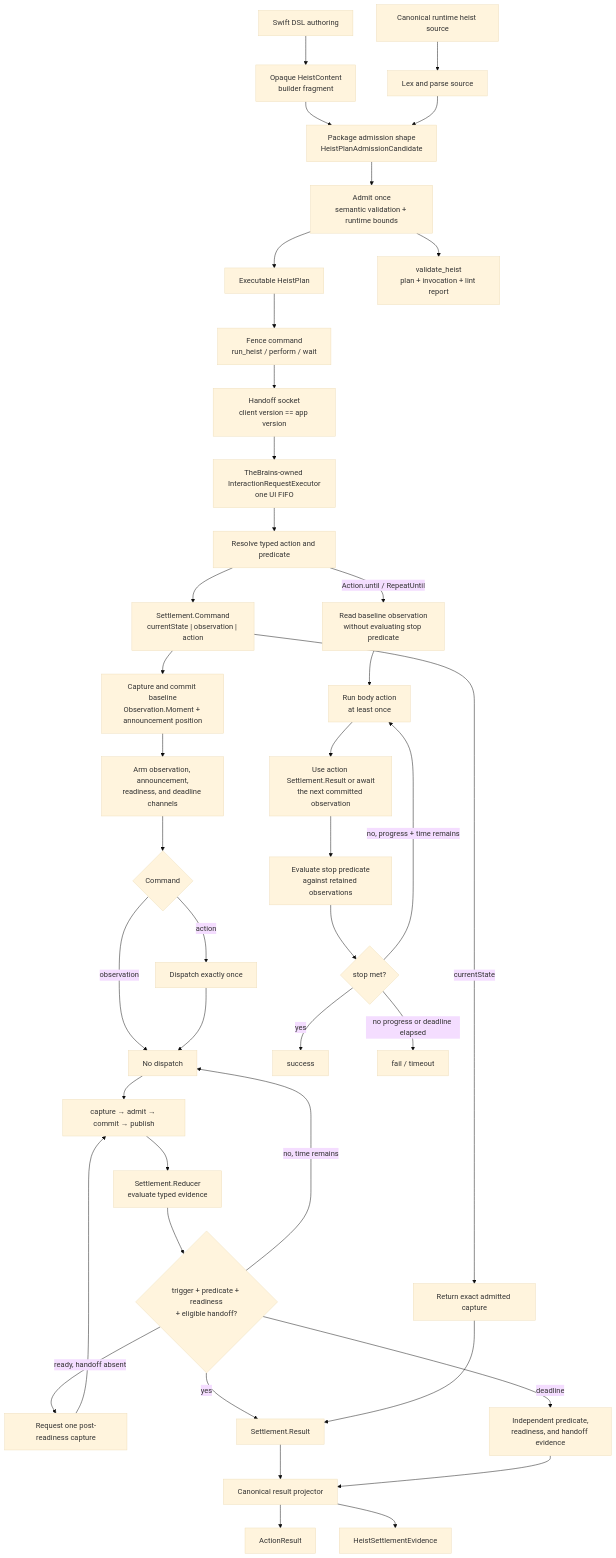
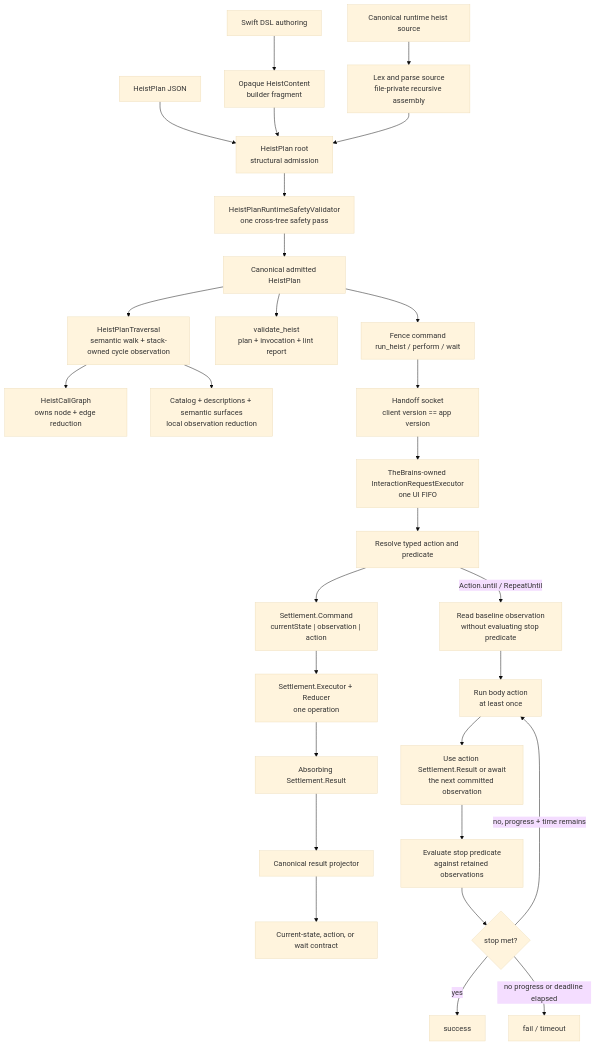
The diagram in docs/ARCHITECTURE.md (RoyalPineapple/TheButtonHeist), drawn with Mermaid (base theme) before and after one commit. The commit also changed other lines of this file and 228 other files, not shown here.

First line of the commit message:
Compress runtime and plan pipelines into canonical state (#1396)

````diff
--- a/docs/ARCHITECTURE.md
+++ b/docs/ARCHITECTURE.md
@@ -610,45 +639,33 @@
 ```mermaid
 flowchart TD
     SwiftAuthor["Swift DSL authoring"] --> Fragment["Opaque HeistContent<br/>builder fragment"]
-    SourceAuthor["Canonical runtime heist source"] --> Parse["Lex and parse source"]
-    Fragment --> Candidate["Package admission shape<br/>HeistPlanAdmissionCandidate"]
-    Parse --> Candidate
-    Candidate --> Validate["Admit once<br/>semantic validation + runtime bounds"]
-    Validate --> Plan["Executable HeistPlan"]
-    Validate --> OfflineReport["validate_heist<br/>plan + invocation + lint report"]
+    SourceAuthor["Canonical runtime heist source"] --> Parse["Lex and parse source<br/>file-private recursive assembly"]
+    JSONAuthor["HeistPlan JSON"] --> RootAdmission
+    Fragment --> RootAdmission["HeistPlan root<br/>structural admission"]
+    Parse --> RootAdmission
+    RootAdmission --> Validate["HeistPlanRuntimeSafetyValidator<br/>one cross-tree safety pass"]
+    Validate --> Plan["Canonical admitted HeistPlan"]
+    Plan --> Walk["HeistPlanTraversal<br/>semantic walk + stack-owned cycle observation"]
+    Walk --> Graph["HeistCallGraph<br/>owns node + edge reduction"]
+    Walk --> Discovery["Catalog + descriptions + semantic surfaces<br/>local observation reduction"]
+    Plan --> OfflineReport["validate_heist<br/>plan + invocation + lint report"]
     Plan --> FenceCommand["Fence command<br/>run_heist / perform / wait"]
     FenceCommand --> HandoffSocket["Handoff socket<br/>client version == app version"]
     HandoffSocket --> Executor["TheBrains-owned InteractionRequestExecutor<br/>one UI FIFO"]
 
     Executor --> Resolve["Resolve typed action and predicate"]
     Resolve --> Command["Settlement.Command<br/>currentState | observation | action"]
-    Command --> Baseline["Capture and commit baseline<br/>Observation.Moment + announcement position"]
-    Command -->|currentState| Current["Return exact admitted capture"]
-    Baseline --> Arm["Arm observation, announcement,<br/>readiness, and deadline channels"]
-    Arm --> Trigger{"Command"}
-    Trigger -->|action| Dispatch["Dispatch exactly once"]
-    Trigger -->|observation| Observe["No dispatch"]
-    Dispatch --> Observe
-    Observe --> Commit["capture → admit → commit → publish"]
-    Commit --> Reduce["Settlement.Reducer<br/>evaluate typed evidence"]
-    Reduce --> Ready{"trigger + predicate + readiness<br/>+ eligible handoff?"}
-    Ready -->|no, time remains| Observe
-    Ready -->|ready, handoff absent| Handoff["Request one post-readiness capture"]
-    Handoff --> Commit
-    Ready -->|yes| Result["Settlement.Result"]
-    Ready -->|deadline| TimedOut["Independent predicate,<br/>readiness, and handoff evidence"]
-    Current --> Result
+    Command --> Settlement["Settlement.Executor + Reducer<br/>one operation"]
+    Settlement --> Result["Absorbing Settlement.Result"]
     Result --> Project["Canonical result projector"]
-    TimedOut --> Project
-    Project --> ActionResult["ActionResult"]
-    Project --> WaitResult["HeistSettlementEvidence"]
+    Project --> Response["Current-state, action, or wait contract"]
 
     Resolve -->|Action.until / RepeatUntil| LoopBaseline["Read baseline observation<br/>without evaluating stop predicate"]
     LoopBaseline --> RunBody["Run body action<br/>at least once"]
     RunBody --> ProgressGate["Use action Settlement.Result or await<br/>the next committed observation"]
     ProgressGate --> EvaluateStop["Evaluate stop predicate<br/>against retained observations"]
     EvaluateStop --> StopMet{"stop met?"}
     StopMet -->|yes| Done["success"]
     StopMet -->|no, progress + time remains| RunBody
     StopMet -->|no progress or deadline elapsed| Fail["fail / timeout"]
 ```
````
